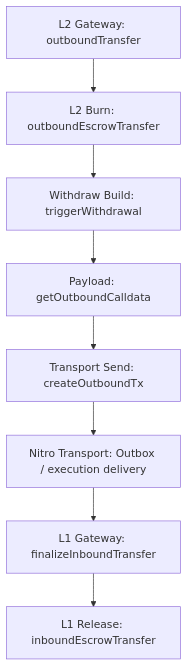
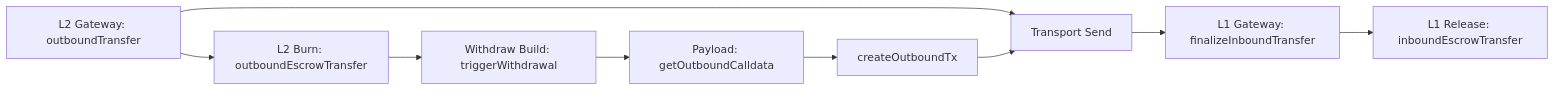
The diagram in withdraw-review.md (Sera5im/Sera5im-arb-erc20-bridge-review-en), drawn with Mermaid before and after one commit.

Commit message:
Refine withdraw flow diagram structure

````diff
--- a/withdraw-review.md
+++ b/withdraw-review.md
@@ -5,10 +5,10 @@
 ```mermaid
-flowchart TD
-    A["L2 Gateway: outboundTransfer"] --> B["L2 Burn: outboundEscrowTransfer"]
-    B --> C["Withdraw Build: triggerWithdrawal"]
-    C --> D["Payload: getOutboundCalldata"]
-    D --> E["Transport Send: createOutboundTx"]
-    E --> F["Nitro Transport: Outbox / execution delivery"]
-    F --> G["L1 Gateway: finalizeInboundTransfer"]
-    G --> H["L1 Release: inboundEscrowTransfer"]
+flowchart LR
+    A["L2 Gateway: outboundTransfer"] --> B["Transport Send"] --> C["L1 Gateway: finalizeInboundTransfer"] --> D["L1 Release: inboundEscrowTransfer"]
+
+    A --> A1["L2 Burn: outboundEscrowTransfer"]
+    A1 --> A2["Withdraw Build: triggerWithdrawal"]
+    A2 --> A3["Payload: getOutboundCalldata"]
+    A3 --> A4["createOutboundTx"]
+    A4 --> B
 ```
````
